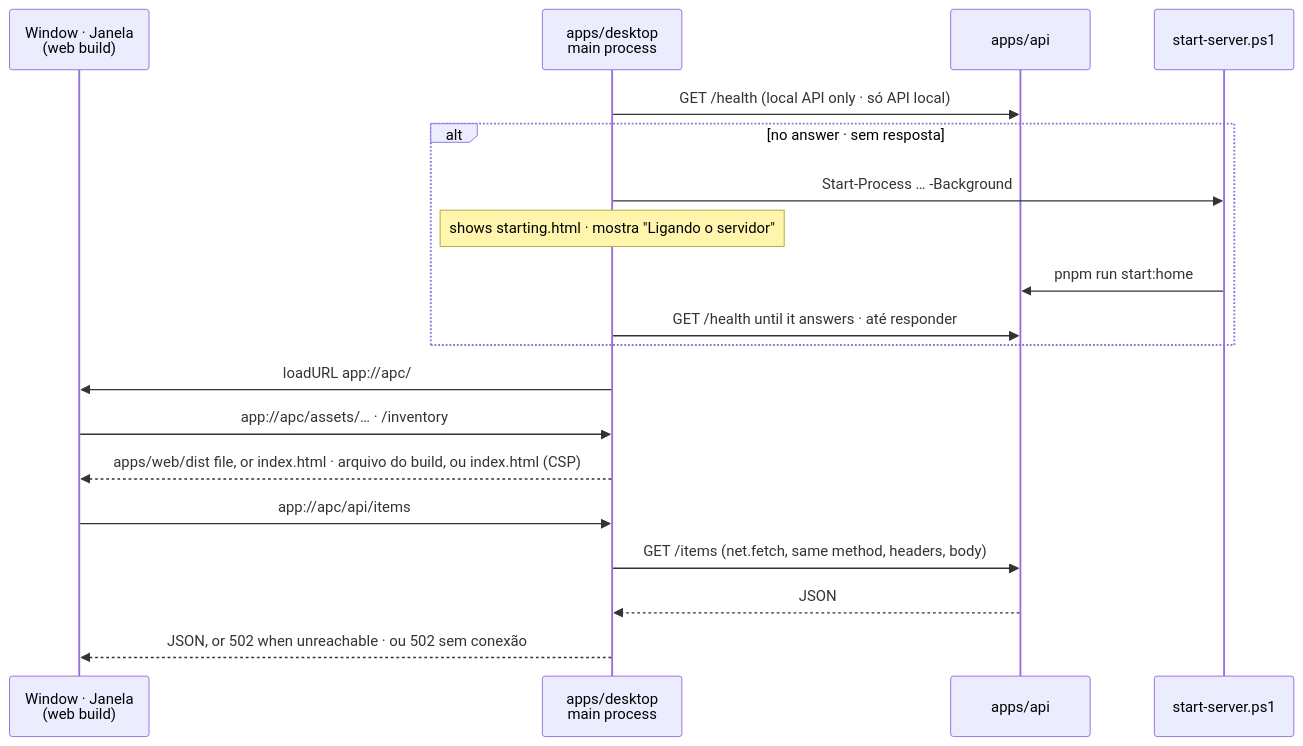
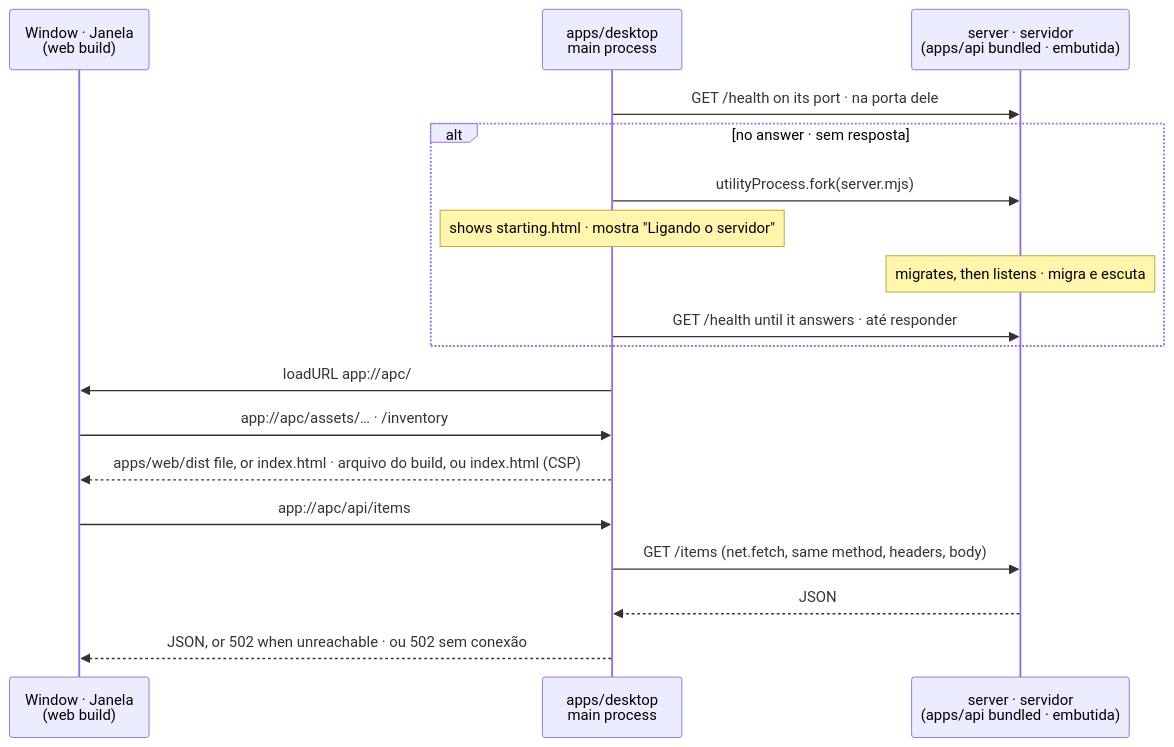
The fourth of 6 diagrams in docs/architecture.md (ChrisCamilo/apc-universal-repair), drawn with Mermaid before and after one commit. The commit also changed other lines of this file and 2 other files, not shown here.

Commit message:
docs: Drop the clone's server from the README, architecture and database docs

````diff
--- a/docs/architecture.md
+++ b/docs/architecture.md
@@ -114,22 +110,21 @@
 ```mermaid
 sequenceDiagram
     participant Page as Window · Janela<br/>(web build)
     participant Main as apps/desktop<br/>main process
-    participant API as apps/api
-    participant Start as start-server.ps1
+    participant API as server · servidor<br/>(apps/api bundled · embutida)
 
-    Main->>API: GET /health (local API only · só API local)
+    Main->>API: GET /health on its port · na porta dele
     alt no answer · sem resposta
-        Main->>Start: Start-Process … -Background
+        Main->>API: utilityProcess.fork(server.mjs)
         Note over Main: shows starting.html · mostra "Ligando o servidor"
-        Start->>API: pnpm run start:home
+        Note over API: migrates, then listens · migra e escuta
         Main->>API: GET /health until it answers · até responder
     end
     Main->>Page: loadURL app://apc/
     Page->>Main: app://apc/assets/… · /inventory
     Main-->>Page: apps/web/dist file, or index.html · arquivo do build, ou index.html (CSP)
     Page->>Main: app://apc/api/items
     Main->>API: GET /items (net.fetch, same method, headers, body)
     API-->>Main: JSON
     Main-->>Page: JSON, or 502 when unreachable · ou 502 sem conexão
 ```
````
